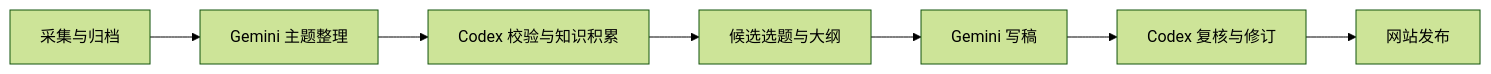
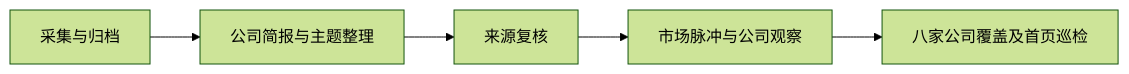
Before and after one commit to guiyang882/news-claw: the diagram in README.md, drawn with Mermaid (forest theme). The commit also changed other lines of this file and 36 other files, not shown here.

````diff
--- a/README.md
+++ b/README.md
@@ -9,9 +9,7 @@
 ```mermaid
 flowchart LR
-    A[采集与归档] --> S[Gemini 主题整理]
-    S --> V[Codex 校验与知识积累]
-    V --> B[候选选题与大纲]
-    B --> C[Gemini 写稿]
-    C --> D[Codex 复核与修订]
-    D --> E[网站发布]
+    A[采集与归档] --> S[公司简报与主题整理]
+    S --> V[来源复核]
+    V --> E[市场脉冲与公司观察]
+    E --> H[八家公司覆盖及首页巡检]
 ```
````
